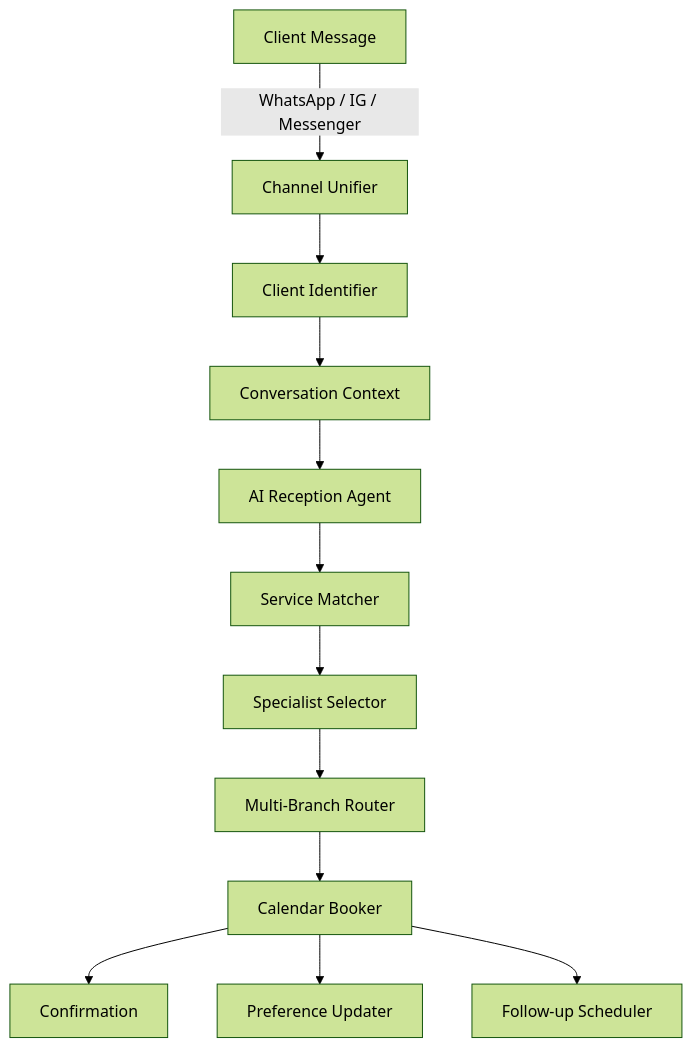
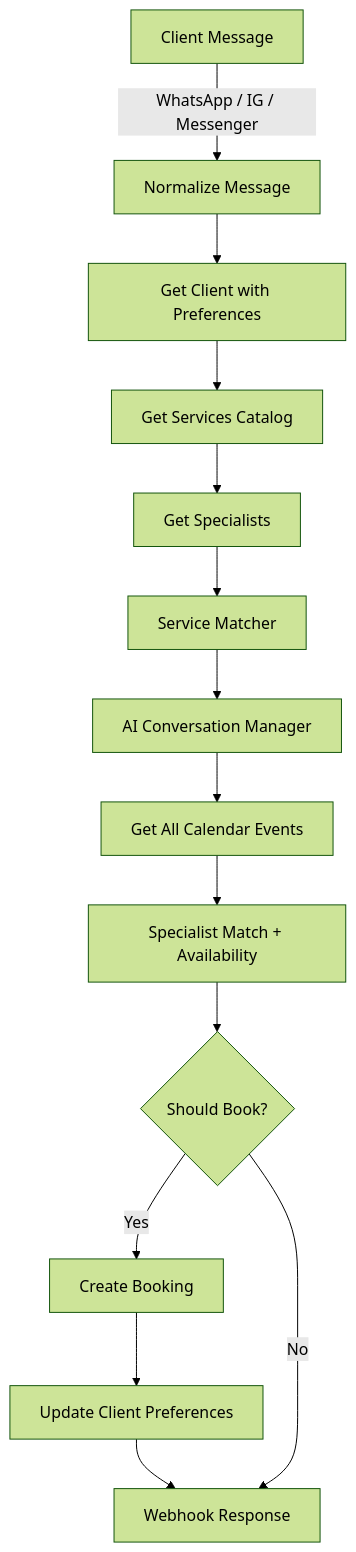
Before and after one commit to khaledabdelaziz1330-dot/Khaled-AI-Automation-Portfolio: the first of 6 diagrams in beauty-center-reception-workflow/architecture.md, drawn with Mermaid (forest theme). The commit also changed other lines of this file and 50 other files, not shown here.

````diff
--- a/beauty-center-reception-workflow/architecture.md
+++ b/beauty-center-reception-workflow/architecture.md
@@ -9,14 +9,16 @@
 ```mermaid
 flowchart TD
-    A[Client Message] -->|WhatsApp / IG / Messenger| B[Channel Unifier]
-    B --> C[Client Identifier]
-    C --> D[Conversation Context]
-    D --> E[AI Reception Agent]
+    A[Client Message] -->|WhatsApp / IG / Messenger| B[Normalize Message]
+    B --> C[Get Client with Preferences]
+    C --> D[Get Services Catalog]
+    D --> E[Get Specialists]
     E --> F[Service Matcher]
-    F --> G[Specialist Selector]
-    G --> H[Multi-Branch Router]
-    H --> I[Calendar Booker]
-    I --> J[Confirmation]
-    I --> K[Preference Updater]
-    I --> L[Follow-up Scheduler]
+    F --> G[AI Conversation Manager]
+    G --> H[Get All Calendar Events]
+    H --> I[Specialist Match + Availability]
+    I --> J{Should Book?}
+    J -->|Yes| K[Create Booking]
+    K --> L[Update Client Preferences]
+    L --> M[Webhook Response]
+    J -->|No| M
 ```
````
